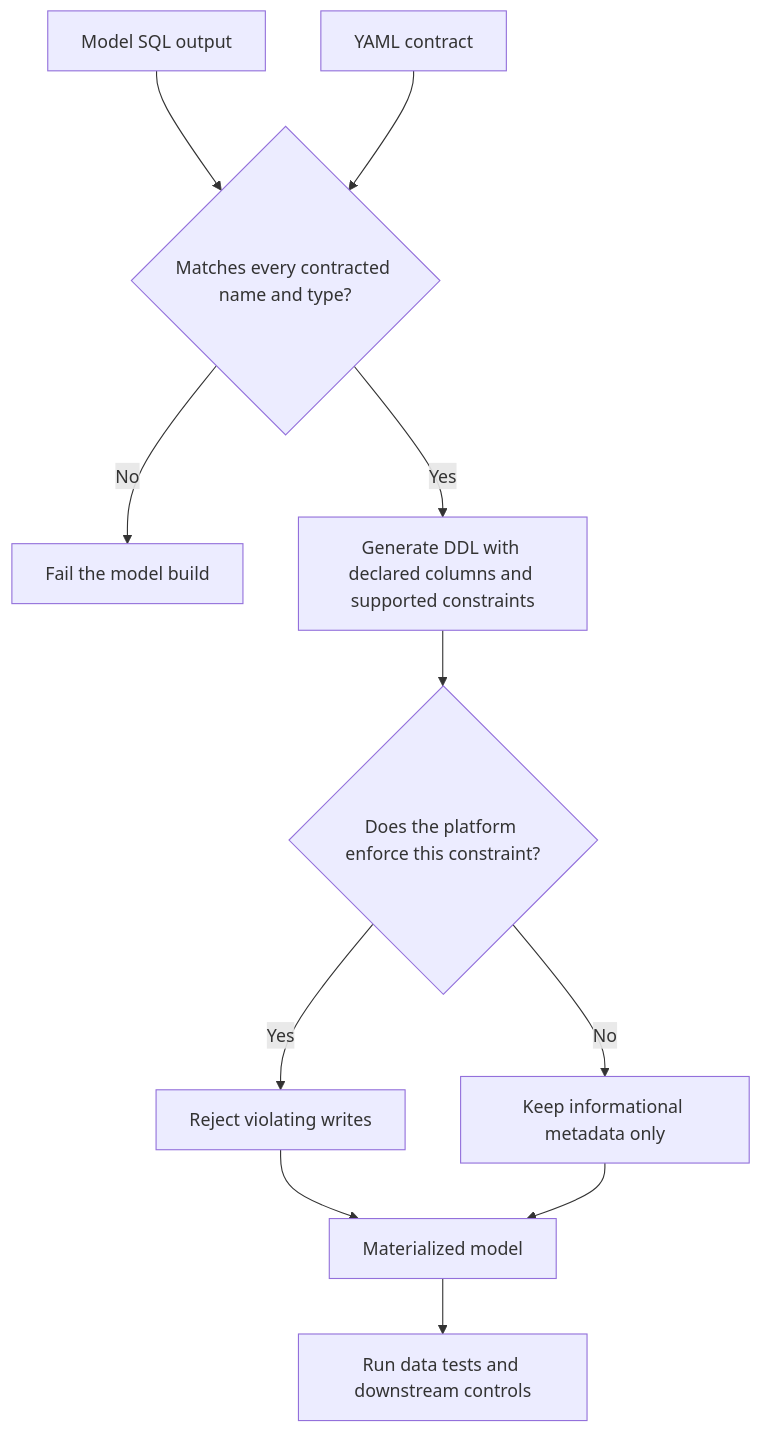
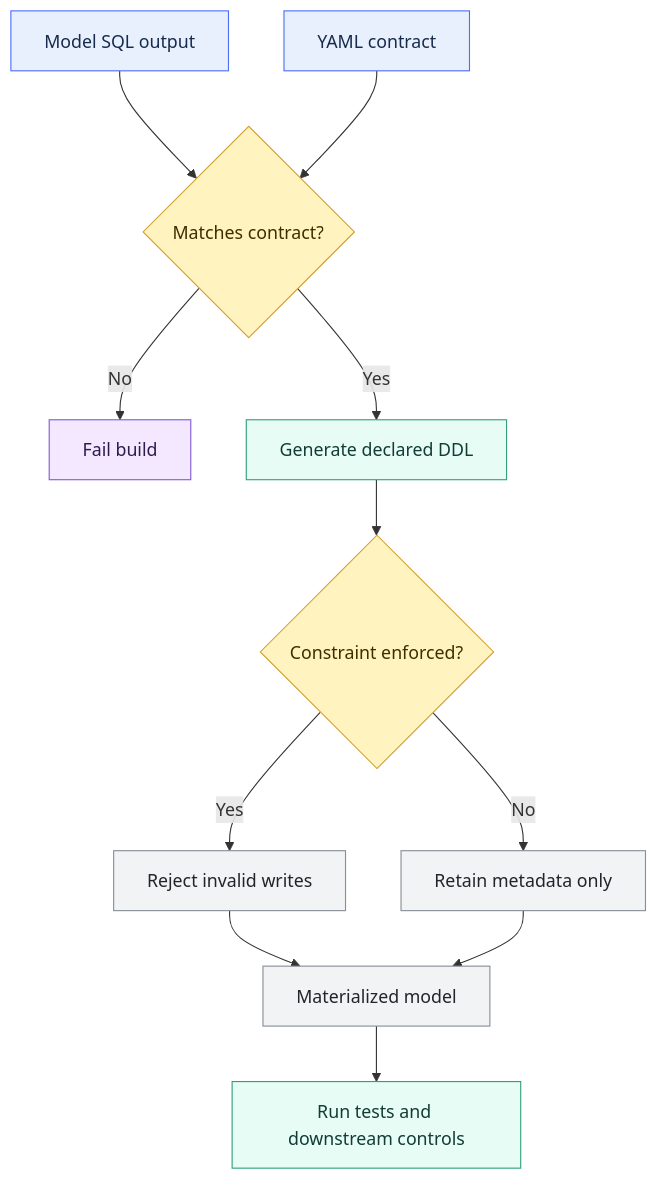
One commit to shonningsoy/Upskill changed the diagram in 02 dbt/03 Testing Documentation and Data Quality/26 Model Contracts and Constraints.md. Above: the diagram before and after it, drawn with Mermaid. The commit also changed other lines of this file and 31 other files, not shown here.

````diff
--- a/02 dbt/03 Testing Documentation and Data Quality/26 Model Contracts and Constraints.md
+++ b/02 dbt/03 Testing Documentation and Data Quality/26 Model Contracts and Constraints.md
@@ -72,13 +73,24 @@
 ```mermaid
 flowchart TD
-    A[Model SQL output] --> C{Matches every contracted name and type?}
+    A[Model SQL output] --> C{Matches contract?}
     B[YAML contract] --> C
-    C -->|No| D[Fail the model build]
-    C -->|Yes| E[Generate DDL with declared columns and supported constraints]
-    E --> F{Does the platform enforce this constraint?}
-    F -->|Yes| G[Reject violating writes]
-    F -->|No| H[Keep informational metadata only]
+    C -->|No| D[Fail build]
+    C -->|Yes| E[Generate declared DDL]
+    E --> F{Constraint enforced?}
+    F -->|Yes| G[Reject invalid writes]
+    F -->|No| H[Retain metadata only]
     G --> I[Materialized model]
     H --> I
-    I --> J[Run data tests and downstream controls]
+    I --> J[Run tests and downstream controls]
+
+    class A,B input
+    class C,F control
+    class E,J dbt
+    class G,H,I platform
+    class D output
+    classDef input fill:#E8F0FE,stroke:#4C6EF5,color:#172B4D
+    classDef control fill:#FFF3BF,stroke:#D69E2E,color:#3D2E00
+    classDef dbt fill:#E6FCF5,stroke:#2F9E7B,color:#123C34
+    classDef platform fill:#F1F3F5,stroke:#868E96,color:#212529
+    classDef output fill:#F3E8FF,stroke:#805AD5,color:#2D1B4E
 ```
````
